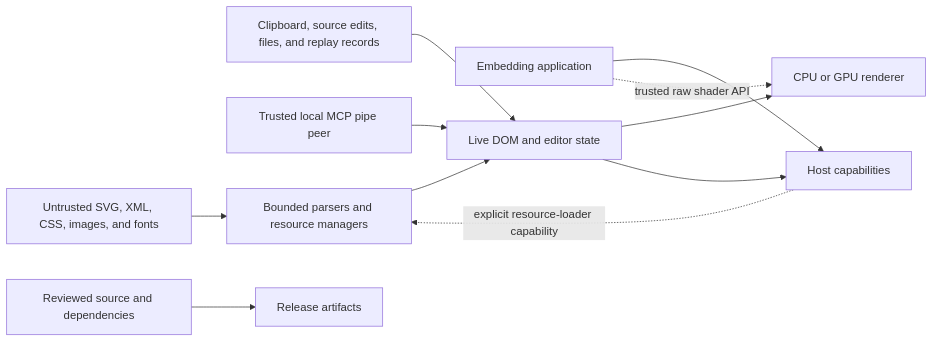
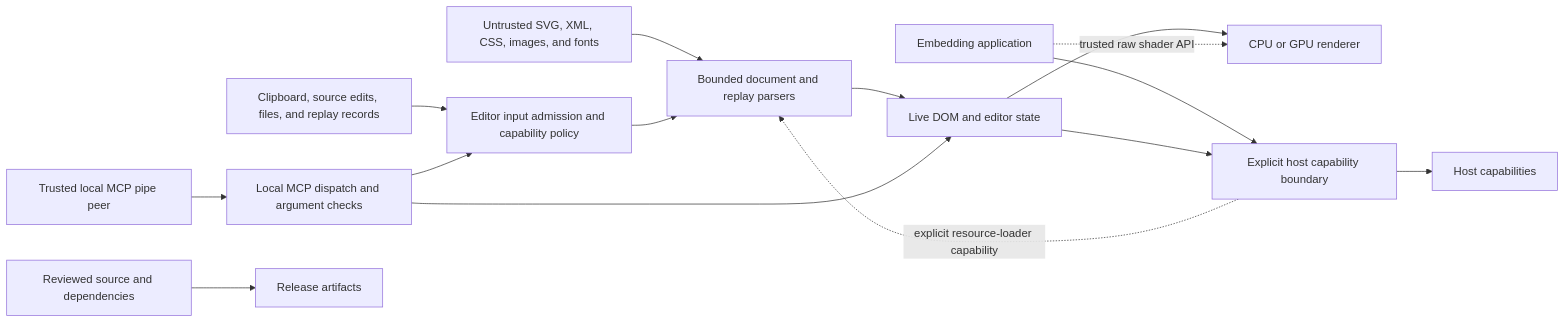
One commit to jwmcglynn/donner changed the diagram in docs/threat-model.md. Above: the diagram before and after it, drawn with Mermaid. The commit also changed other lines of this file, not shown here.

Commit message:
Show editor input admission in threat model

````diff
--- a/docs/threat-model.md
+++ b/docs/threat-model.md
@@ -27,24 +27,28 @@
 ```mermaid
 flowchart LR
   document[Untrusted SVG, XML, CSS, images, and fonts]
   localInput[Clipboard, source edits, files, and replay records]
   mcp[Trusted local MCP pipe peer]
   embedder[Embedding application]
   build[Reviewed source and dependencies]
 
-  parser[Bounded parsers and resource managers]
+  inputGate[Editor input admission and capability policy]
+  mcpGate[Local MCP dispatch and argument checks]
+  parser[Bounded document and replay parsers]
   dom[Live DOM and editor state]
   renderer[CPU or GPU renderer]
+  hostGate[Explicit host capability boundary]
   host[Host capabilities]
   artifact[Release artifacts]
 
   document --> parser --> dom --> renderer
-  localInput --> dom
-  mcp --> dom
-  embedder --> host
-  dom --> host
+  localInput --> inputGate --> parser
+  mcp --> mcpGate --> inputGate
+  mcpGate --> dom
+  embedder --> hostGate
+  dom --> hostGate --> host
   build --> artifact
 
-  host -. explicit resource-loader capability .-> parser
+  hostGate -. explicit resource-loader capability .-> parser
   embedder -. trusted raw shader API .-> renderer
 ```
````
